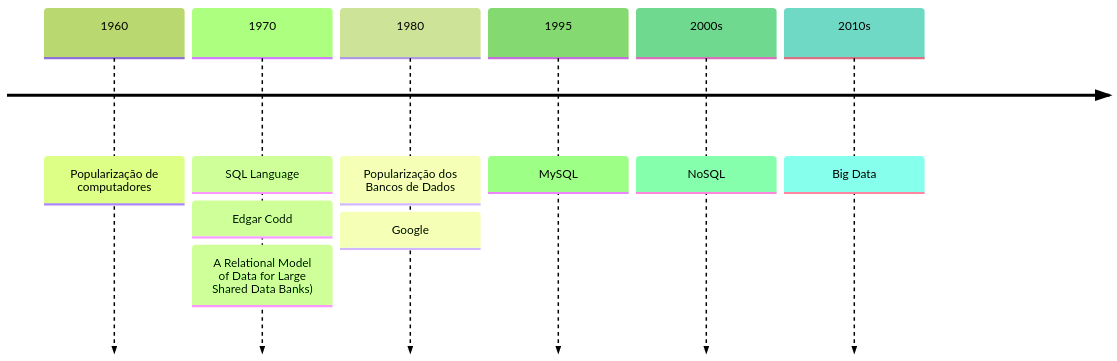
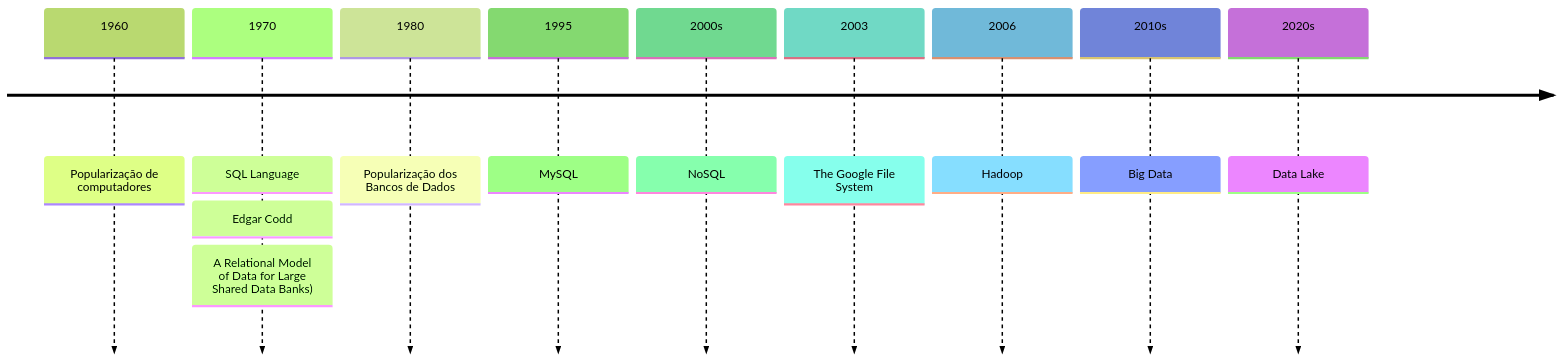
Before and after one commit to fbenghi/BancoDeDados2023-2: the diagram in Aula 01/Aula 1 - Apresentacao.md, drawn with Mermaid (forest theme). The commit also changed other lines of this file, not shown here.

```diff
--- a/Aula 01/Aula 1 - Apresentacao.md
+++ b/Aula 01/Aula 1 - Apresentacao.md
@@ -169,12 +169,14 @@
 <div class="mermaid">
 timeline
     1960:  Popularização de computadores
     1970 : SQL Language
          : Edgar Codd 
-         :  A Relational Model of Data for Large Shared Data Banks)
+         : A Relational Model of Data for Large Shared Data Banks)
     1980 : Popularização dos Bancos de Dados
-         : Google
     1995 : MySQL     
     2000s : NoSQL
+    2003  : The Google File System
+    2006  : Hadoop
     2010s : Big Data
+    2020s : Data Lake
 </div>
```
